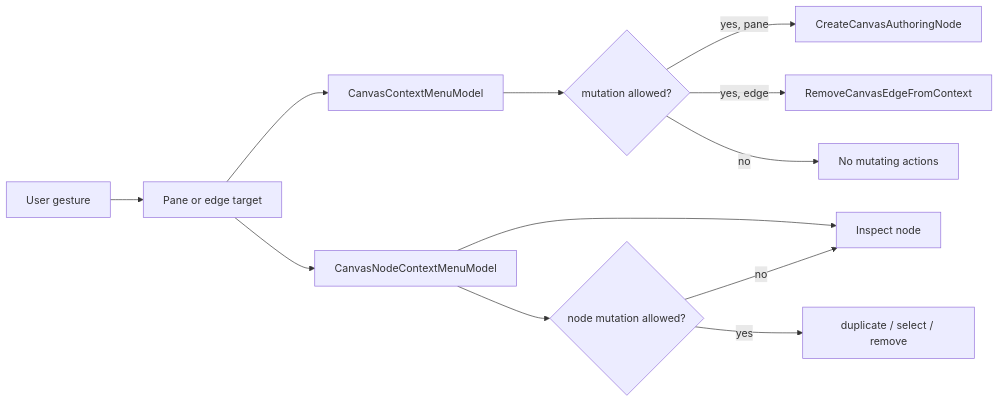
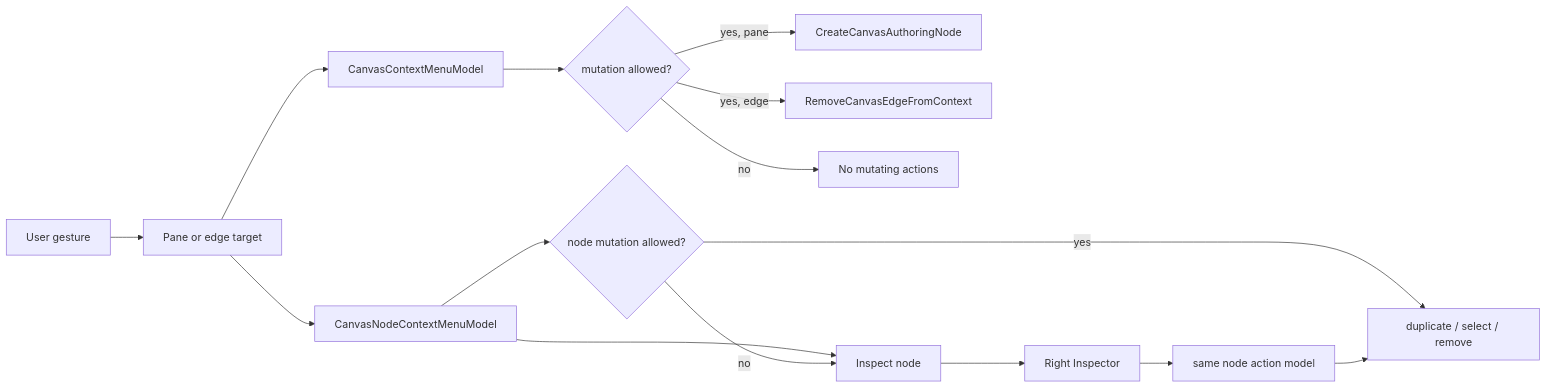
Before and after one commit to dunay2/dvt: the diagram in docs/architecture/components/web/graph/canvas-interaction-command-surface-user-stories.md, drawn with Mermaid. The commit also changed other lines of this file and 13 other files, not shown here.

Commit message:
feat(web): Add inspector modeler node actions

````diff
--- a/docs/architecture/components/web/graph/canvas-interaction-command-surface-user-stories.md
+++ b/docs/architecture/components/web/graph/canvas-interaction-command-surface-user-stories.md
@@ -66,14 +72,17 @@
 ```mermaid
 flowchart LR
   User["User gesture"] --> Target["Pane or edge target"]
   Target --> Model["CanvasContextMenuModel"]
   Target --> NodeModel["CanvasNodeContextMenuModel"]
   Model --> Allowed{"mutation allowed?"}
   Allowed -->|yes, pane| Create["CreateCanvasAuthoringNode"]
   Allowed -->|yes, edge| Remove["RemoveCanvasEdgeFromContext"]
   Allowed -->|no| Empty["No mutating actions"]
   NodeModel --> Inspect["Inspect node"]
   NodeModel --> NodeAllowed{"node mutation allowed?"}
   NodeAllowed -->|yes| NodeActions["duplicate / select / remove"]
   NodeAllowed -->|no| Inspect
+  Inspect --> Inspector["Right Inspector"]
+  Inspector --> PanelActions["same node action model"]
+  PanelActions --> NodeActions
 ```
````
